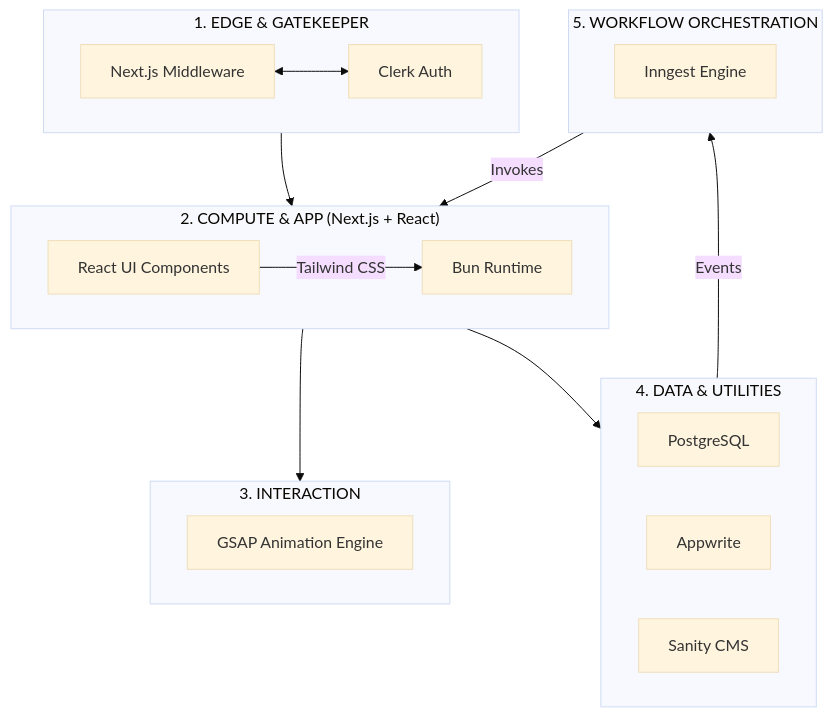
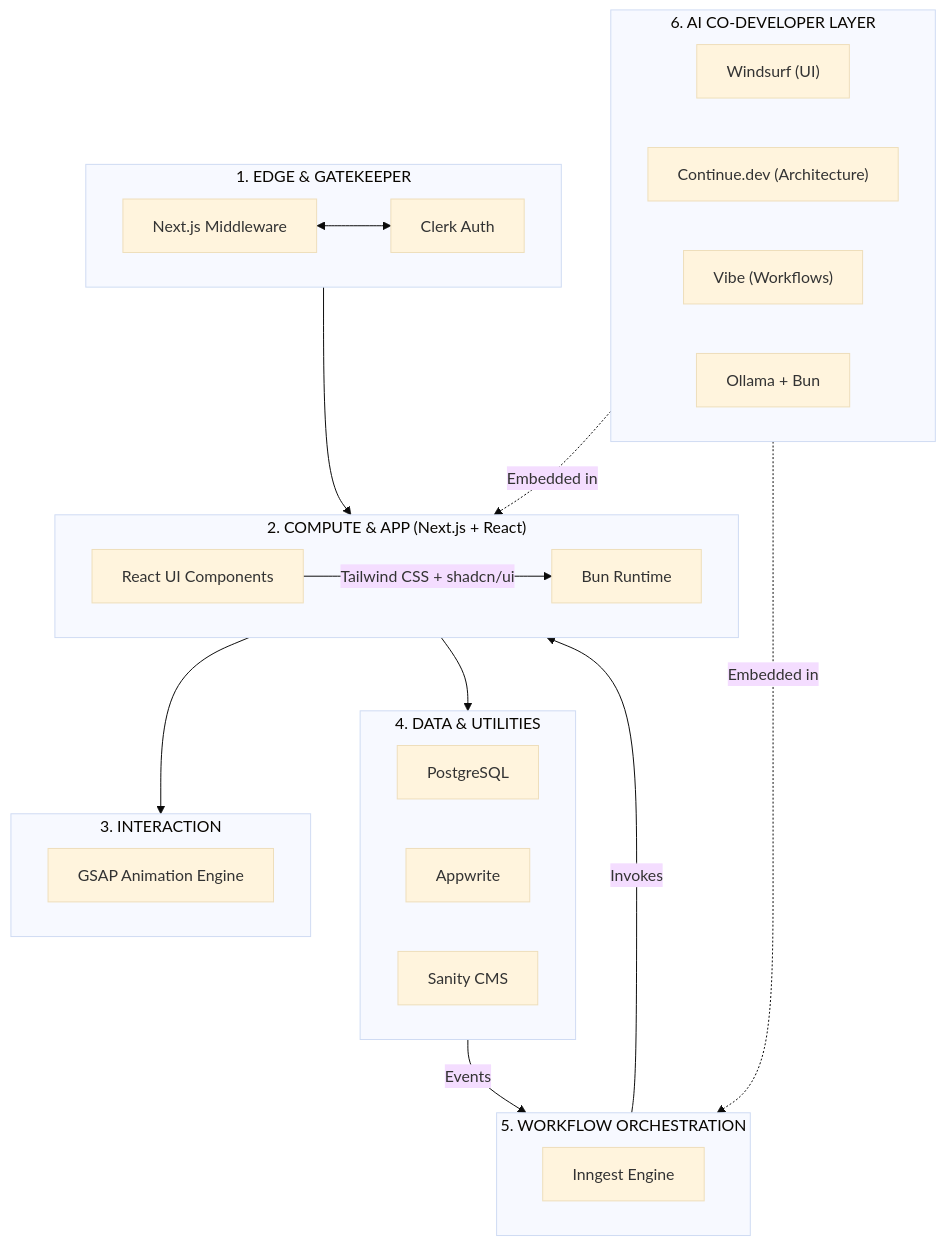
One commit to seanwhs/Plans changed the diagram in My-Tech-Stack.md. Above: the diagram before and after it, drawn with Mermaid (base theme). The commit also changed other lines of this file, not shown here.

````diff
--- a/My-Tech-Stack.md
+++ b/My-Tech-Stack.md
@@ -26,31 +27,33 @@
 ```mermaid
 flowchart TB
     subgraph EDGE["1. EDGE & GATEKEEPER"]
         M["Next.js Middleware"] <--> C["Clerk Auth"]
     end
-
     subgraph CL["2. COMPUTE & APP (Next.js + React)"]
-        A["React UI Components"] -->|Tailwind CSS| B["Bun Runtime"]
+        A["React UI Components"] -->|Tailwind CSS + shadcn/ui| B["Bun Runtime"]
     end
-
     subgraph MOTION["3. INTERACTION"]
         GS["GSAP Animation Engine"]
     end
-
     subgraph DATA["4. DATA & UTILITIES"]
         E["PostgreSQL"]
         D["Appwrite"]
         F["Sanity CMS"]
     end
-
     subgraph ORCH["5. WORKFLOW ORCHESTRATION"]
         G["Inngest Engine"]
     end
-
+    subgraph AI["6. AI CO-DEVELOPER LAYER"]
+        W["Windsurf (UI)"] 
+        Cont["Continue.dev (Architecture)"]
+        V["Vibe (Workflows)"]
+        Oll["Ollama + Bun"]
+    end
     EDGE --> CL
     CL --> MOTION
     CL --> DATA
     DATA -->|"Events"| ORCH
     ORCH -->|"Invokes"| CL
-
+    AI -.->|"Embedded in"| CL
+    AI -.->|"Embedded in"| ORCH
 ```
````
